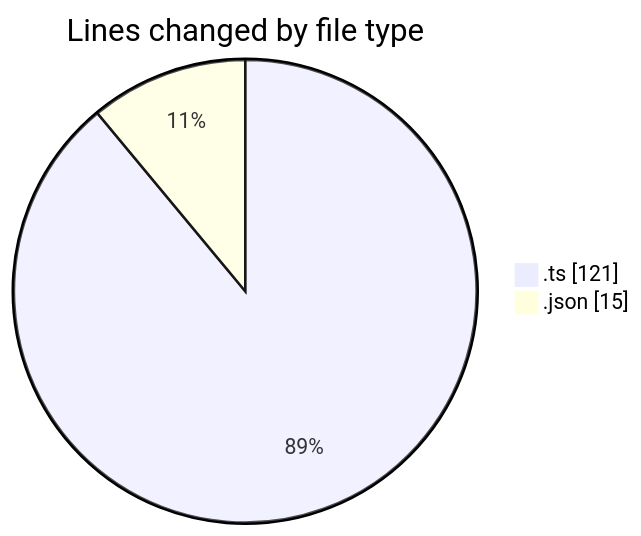
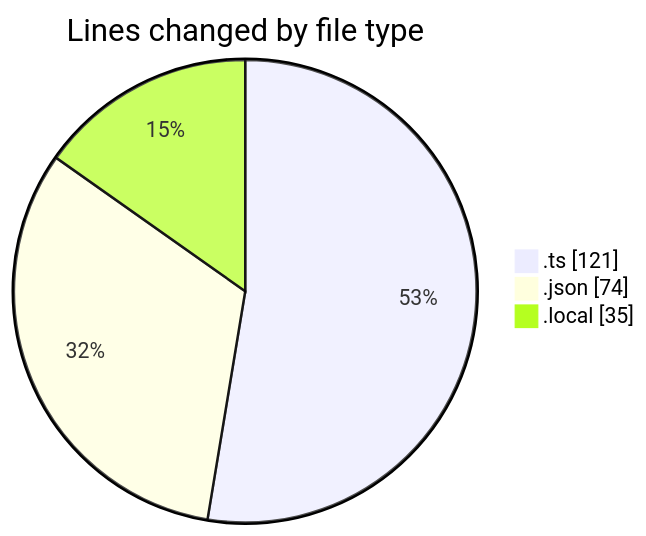
One commit to julien-gomy/code-tracking changed the first of 2 diagrams in 2025-10-23/frontend-cms/README.md. Above: the diagram before and after it, drawn with Mermaid. The commit also changed other lines of this file and 1 other file, not shown here.

````diff
--- a/2025-10-23/frontend-cms/README.md
+++ b/2025-10-23/frontend-cms/README.md
@@ -23,6 +24,7 @@
 ```mermaid
 pie showData
 title Lines changed by file type
 ".ts" : 121
-".json" : 15
+".json" : 74
+".local" : 35
 ```
````
